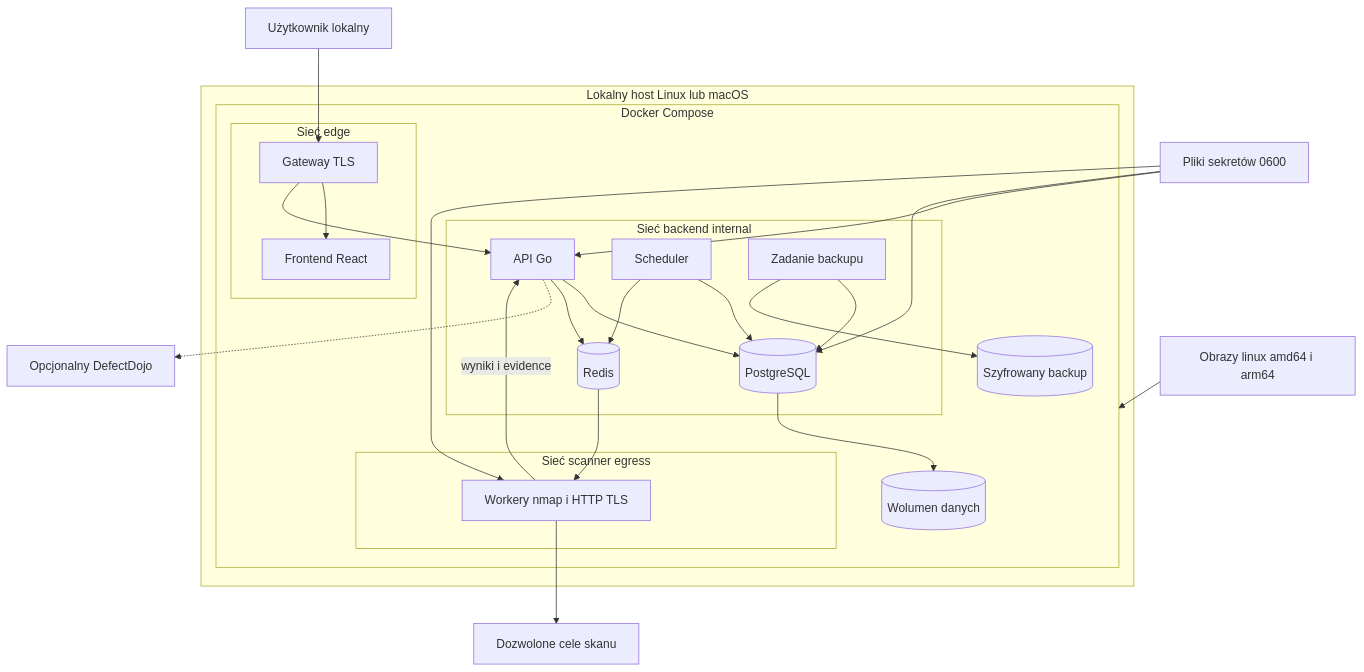
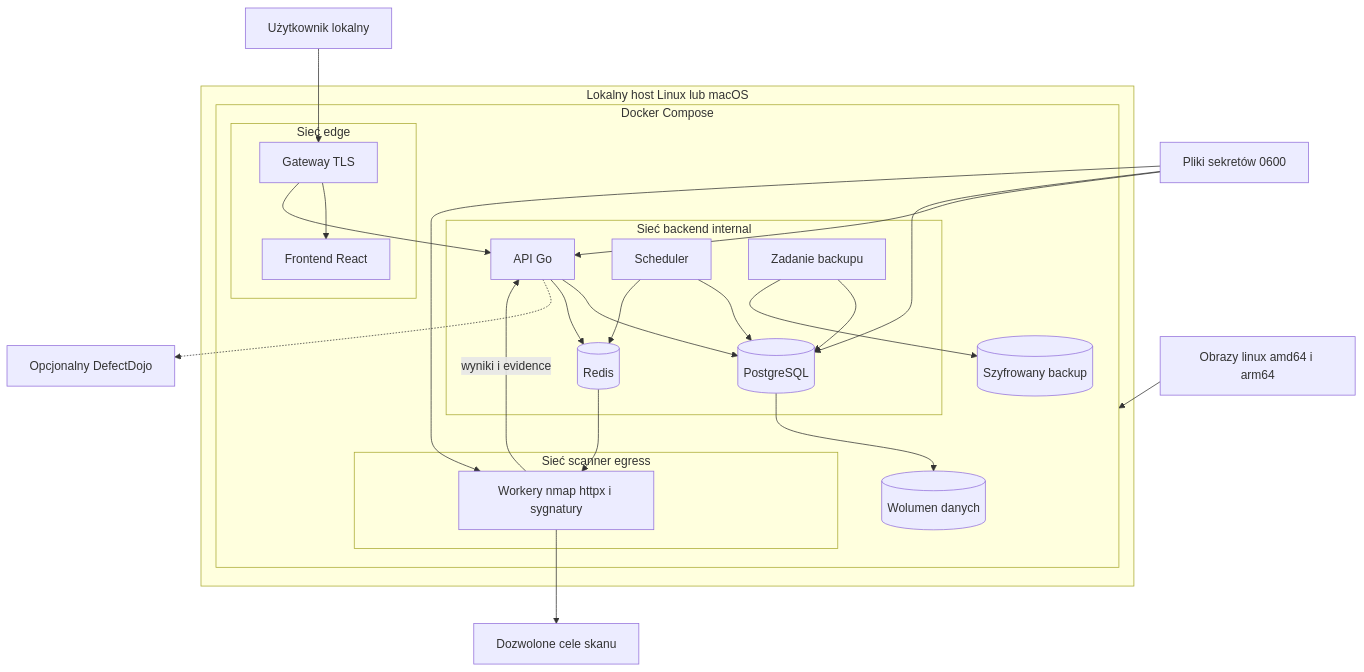
The diagram in docs/architecture.md (Maciejbe04/attack-surface-intelligence), drawn with Mermaid before and after one commit. The commit also changed other lines of this file and 7 other files, not shown here.

````diff
--- a/docs/architecture.md
+++ b/docs/architecture.md
@@ -9,51 +9,51 @@
 ```mermaid
 flowchart TB
   User[Użytkownik lokalny]
   Targets[Dozwolone cele skanu]
   DefectDojo[Opcjonalny DefectDojo]
   SecretFiles[Pliki sekretów 0600]
   ImageManifest[Obrazy linux amd64 i arm64]
 
   subgraph localHost [Lokalny host Linux lub macOS]
     subgraph composeRuntime [Docker Compose]
       subgraph edgeNet [Sieć edge]
         Gateway[Gateway TLS]
         Web[Frontend React]
       end
 
       subgraph backendNet [Sieć backend internal]
         API[API Go]
         Scheduler[Scheduler]
         Queue[(Redis)]
         Database[(PostgreSQL)]
         Backup[Zadanie backupu]
       end
 
       subgraph scannerNet [Sieć scanner egress]
-        Worker[Workery nmap i HTTP TLS]
+        Worker[Workery nmap httpx i sygnatury]
       end
 
       DatabaseVolume[(Wolumen danych)]
       BackupVolume[(Szyfrowany backup)]
     end
   end
 
   User --> Gateway
   Gateway --> Web
   Gateway --> API
   API --> Database
   API --> Queue
   Scheduler --> Database
   Scheduler --> Queue
   Queue --> Worker
   Worker --> Targets
   Worker -->|"wyniki i evidence"| API
   Database --> DatabaseVolume
   Backup --> Database
   Backup --> BackupVolume
   API -.-> DefectDojo
   SecretFiles --> API
   SecretFiles --> Database
   SecretFiles --> Worker
   ImageManifest --> composeRuntime
 ```
````
